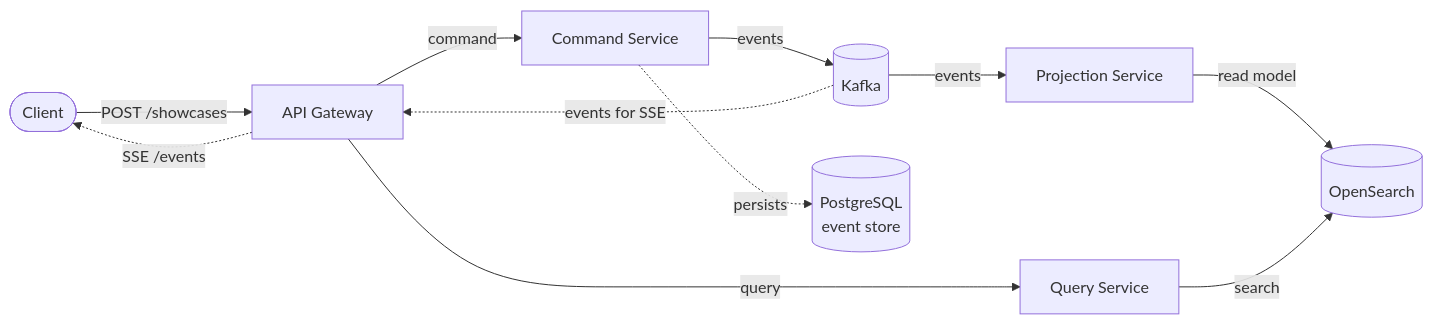
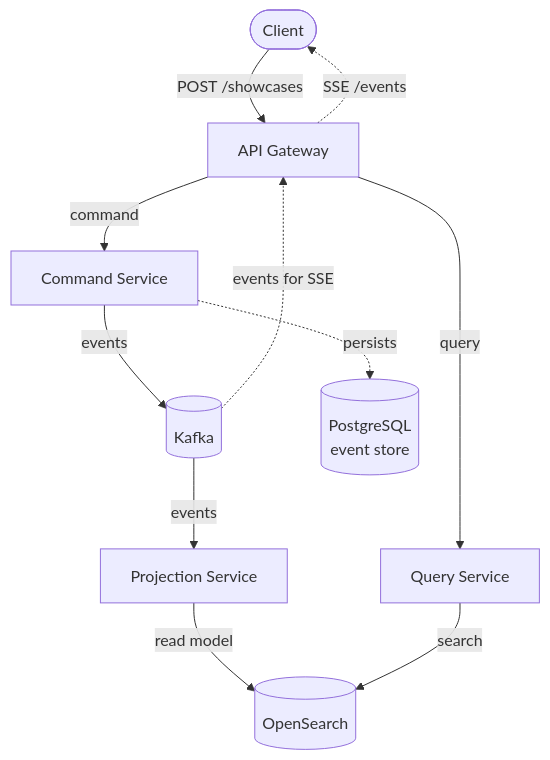
One commit to aanbrn/axon-showcase changed the second of 3 diagrams in README.md. Above: the diagram before and after it, drawn with Mermaid. The commit also changed other lines of this file and 2 other files, not shown here.

First line of the commit message:
Restructure the README flow diagrams for GitHub's Mermaid renderer (#521)

````diff
--- a/README.md
+++ b/README.md
@@ -142,23 +142,22 @@
 ```mermaid
-%%{init: {"flowchart": {"diagramPadding": 230}}}%%
-flowchart LR
+flowchart TB
     Client([Client])
     GW[API Gateway]
     CS[Command Service]
     Kafka[(Kafka)]
     PS[Projection Service]
     OS[(OpenSearch)]
     PG[(PostgreSQL<br/>event store)]
     QS[Query Service]
 
     Client -->|"POST /showcases"| GW
     GW -->|command| CS
     CS -->|events| Kafka
     CS -.->|persists| PG
     Kafka -->|events| PS
     Kafka -.->|"events for SSE"| GW
     PS -->|"read model"| OS
     GW -->|query| QS
     QS -->|search| OS
     GW -.->|"SSE /events"| Client
 ```
````
